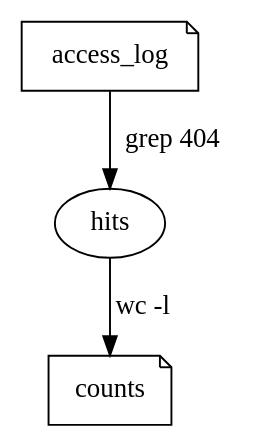
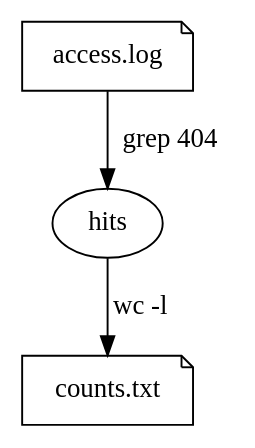
Diagram 18 of 33 in SPEC.md (curtcox/gripeline), drawn with Graphviz before and after one commit. The commit also changed other lines of this file and 39 other files, not shown here.

````diff
--- a/SPEC.md
+++ b/SPEC.md
@@ -619,6 +654,6 @@
 ```dot
-/* B */ digraph { gl_mapping="B"
+/* Dataflow */ digraph { gl_mapping="dataflow"
   access_log -> hits [label="grep 404"]
   hits -> counts     [label="wc -l"]
-  access_log[shape=note] counts[shape=note] }
+  access_log[shape=note,label="access.log"] counts[shape=note,label="counts.txt"] }
 ```
````
